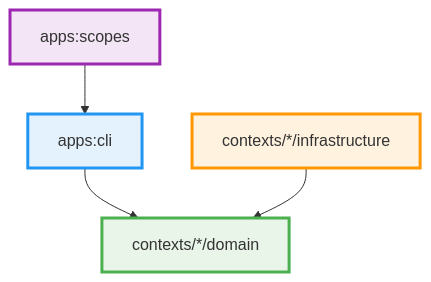
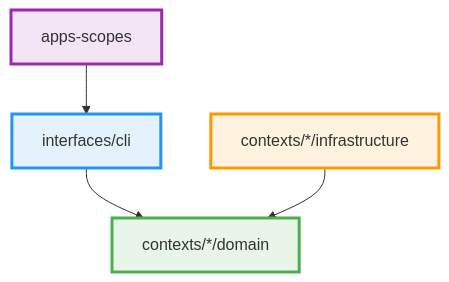
The diagram in docs/guides/development-guidelines.md (kamiazya/scopes), drawn with Mermaid before and after one commit. The commit also changed other lines of this file and 2 other files, not shown here.

Commit message:
docs: update documentation to reflect current project structure
- Fix Gradle task paths in README (apps-scopes, apps-scopesd)
- Add user-preferences context to project structure
- Add platform/domain-commons to platform layer documentation
- Update bounded context description to include all contexts
- Fix module references in development guidelines
- Update CLI layer references from apps:scopes to apps-scopes

These updates ensure documentation accurately reflects the current
project structure after recent refactoring.

````diff
--- a/docs/guides/development-guidelines.md
+++ b/docs/guides/development-guidelines.md
@@ -21,21 +21,21 @@
 ```mermaid
 flowchart TD
-        CLI[apps:scopes]
-        APP[apps:cli]
+        CLI[apps-scopes]
+        APP[interfaces/cli]
         DOM[contexts/*/domain]
         INF[contexts/*/infrastructure]
 
         CLI --> APP
         APP --> DOM
         INF --> DOM
 
         classDef domain fill:#e8f5e8,stroke:#4caf50,stroke-width:3px
         classDef application fill:#e3f2fd,stroke:#2196f3,stroke-width:3px
         classDef infrastructure fill:#fff3e0,stroke:#ff9800,stroke-width:3px
         classDef presentation fill:#f3e5f5,stroke:#9c27b0,stroke-width:3px
 
         class DOM domain
         class APP application
         class INF infrastructure
         class CLI presentation
 ```
````
